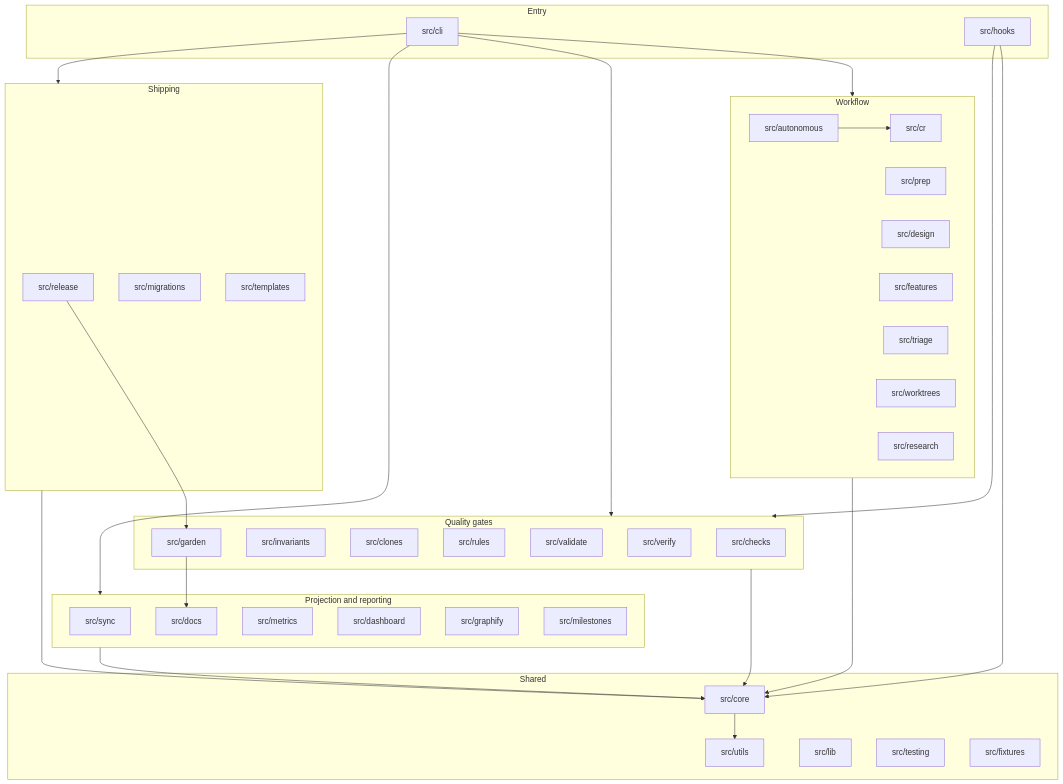
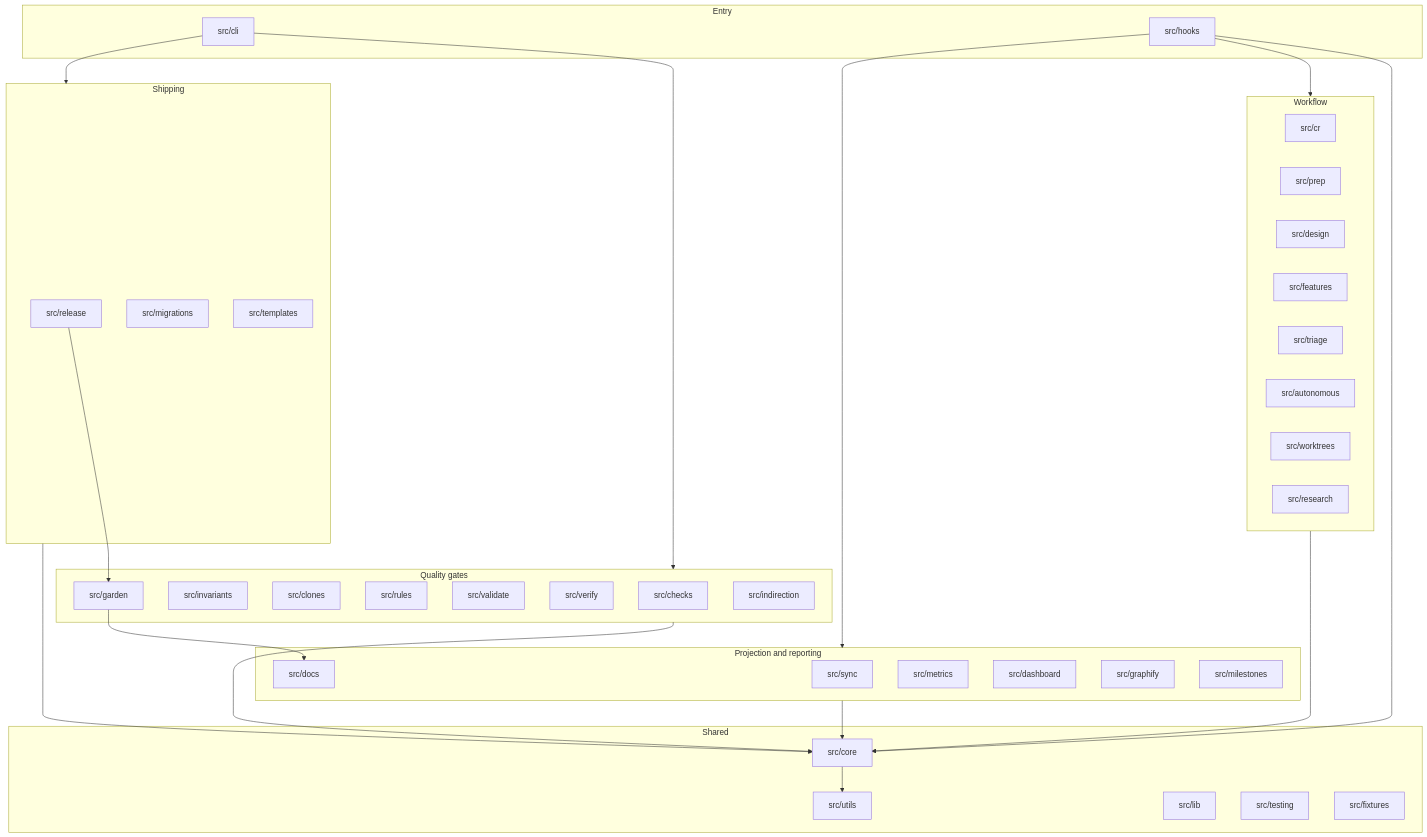
The diagram in docs/architecture/modules.md (davidzoufaly/noldor), drawn with Mermaid before and after one commit. The commit also changed other lines of this file and 2 other files, not shown here.

First paragraph of the commit message:
docs(architecture): drop module-map arrows no import backs (#598)
* docs(roadmap): retire module-map-drops-arrows-no-import-backs — shipped via fast-track (no FD)

````diff
--- a/docs/architecture/modules.md
+++ b/docs/architecture/modules.md
@@ -9,67 +9,66 @@
 ```mermaid
 flowchart TD
   subgraph entry[Entry]
     cli[src/cli]
     hooks[src/hooks]
   end
 
   subgraph workflow[Workflow]
     cr[src/cr]
     prep[src/prep]
     design[src/design]
     plan[src/features]
     triage[src/triage]
     autonomous[src/autonomous]
     worktrees[src/worktrees]
     research[src/research]
   end
 
   subgraph quality[Quality gates]
     checks[src/checks]
     invariants[src/invariants]
     clones[src/clones]
     rules[src/rules]
     validate[src/validate]
     verify[src/verify]
     garden[src/garden]
+    indirection[src/indirection]
   end
 
   subgraph projection[Projection and reporting]
     sync[src/sync]
     docs[src/docs]
     metrics[src/metrics]
     dashboard[src/dashboard]
     graphify[src/graphify]
     milestones[src/milestones]
   end
 
   subgraph shipping[Shipping]
     release[src/release]
     migrations[src/migrations]
     templates[src/templates]
   end
 
   subgraph shared[Shared]
     core[src/core]
     utils[src/utils]
     lib[src/lib]
     testing[src/testing]
     fixtures[src/fixtures]
   end
 
-  cli --> workflow
   cli --> quality
-  cli --> projection
   cli --> shipping
-  hooks --> quality
+  hooks --> workflow
+  hooks --> projection
   hooks --> core
 
   workflow --> core
   quality --> core
   projection --> core
   shipping --> core
   core --> utils
   garden --> docs
   release --> garden
-  autonomous --> cr
 ```
````
